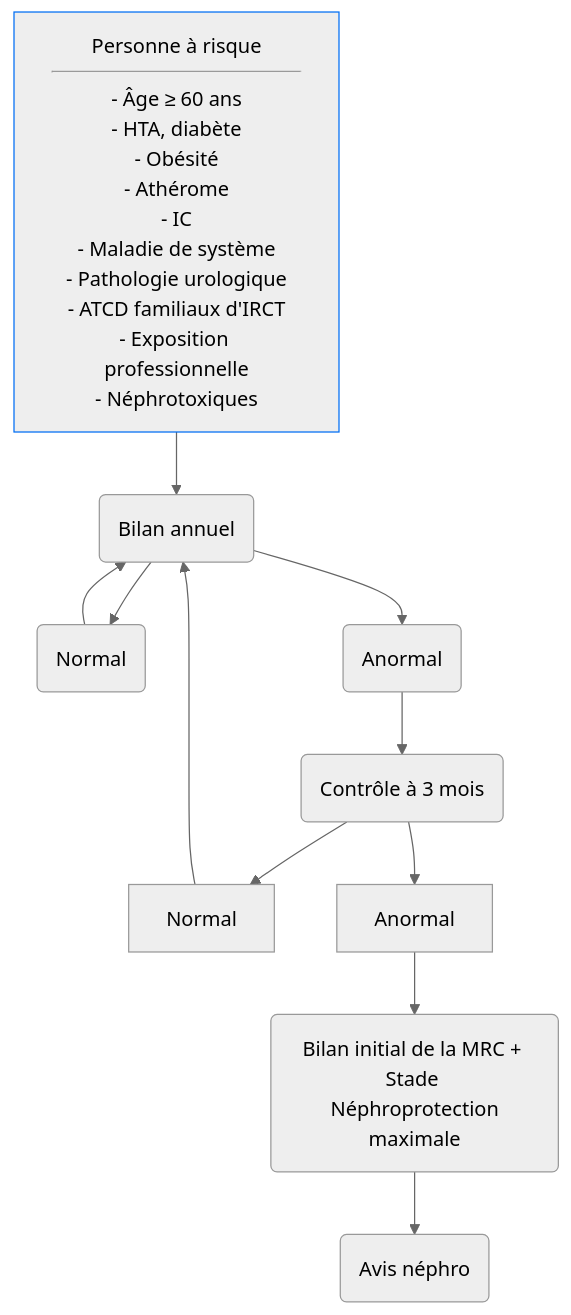
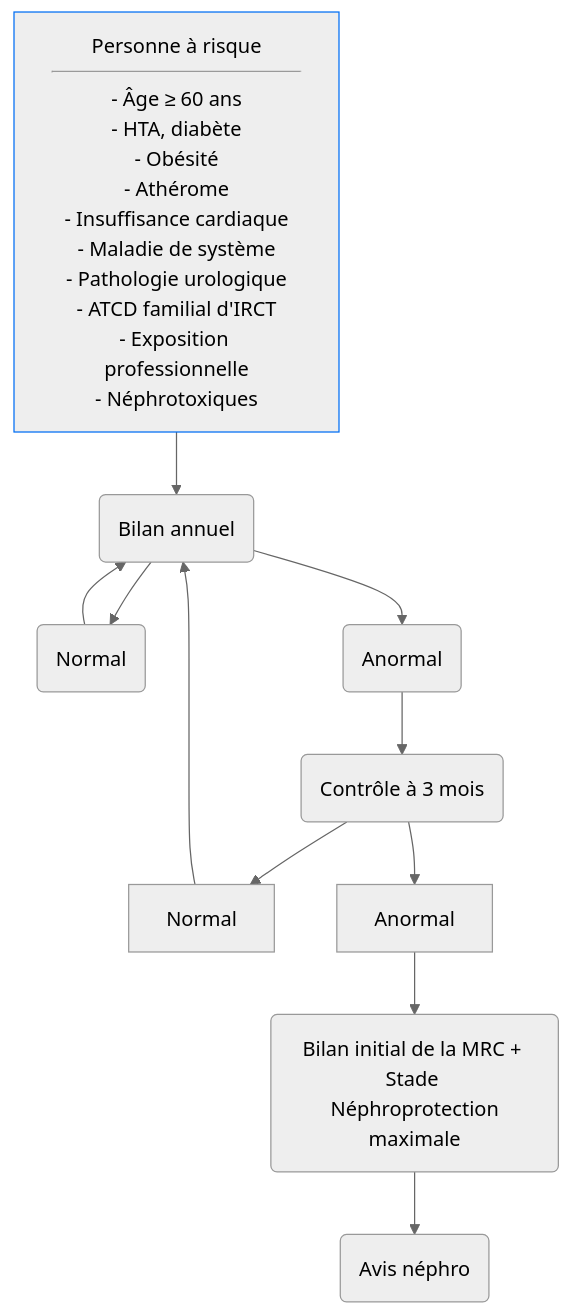
The diagram in content/recommandations/insuffisance-renale-chronique.md (djibe/recommandations-medicales), drawn with Mermaid (neutral theme) before and after one commit. The commit also changed other lines of this file and 33 other files, not shown here.

```diff
--- a/content/recommandations/insuffisance-renale-chronique.md
+++ b/content/recommandations/insuffisance-renale-chronique.md
@@ -209,14 +208,14 @@
 {{< mermaid title="Conduite à tenir pour le dépistage de la maladie rénale chronique. Dr JB FRON d'après HAS 2012" >}}
 graph TB
-fdr["Personne à risque<hr>- Âge ≥ 60 ans<br>- HTA, diabète<br>- Obésité<br>- Athérome<br>- IC<br>- Maladie de système<br>- Pathologie urologique<br>- ATCD familiaux d'IRCT<br>- Exposition professionnelle<br>- Néphrotoxiques"] --> 2(Bilan annuel)
+fdr["Personne à risque<hr>- Âge ≥ 60 ans<br>- HTA, diabète<br>- Obésité<br>- Athérome<br>- Insuffisance cardiaque<br>- Maladie de système<br>- Pathologie urologique<br>- ATCD familial d'IRCT<br>- Exposition professionnelle<br>- Néphrotoxiques"] --> 2(Bilan annuel)
 style fdr stroke:#006ef4, stroke-width:1px
 2 --> 3N(Normal)
   3N --> 2
 2 --> 3A(Anormal)
 3A --> 4(Contrôle à 3 mois)
 4 --> Normal
   Normal --> 2
 4 --> Anormal
 Anormal --> bilan(Bilan initial de la MRC + Stade <br> Néphroprotection maximale)
 bilan --> 7(Avis néphro)
 {{< /mermaid >}}
```
